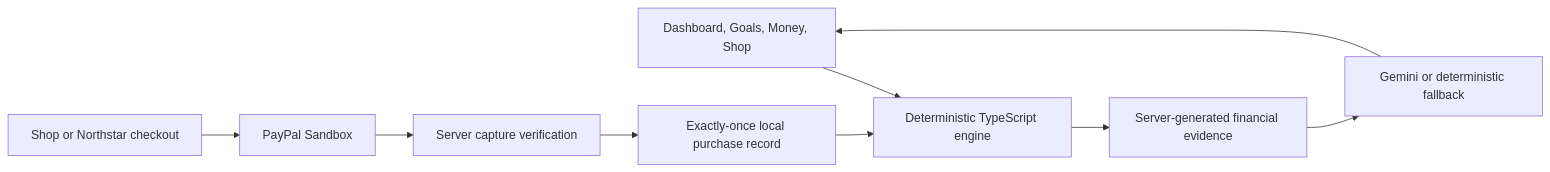
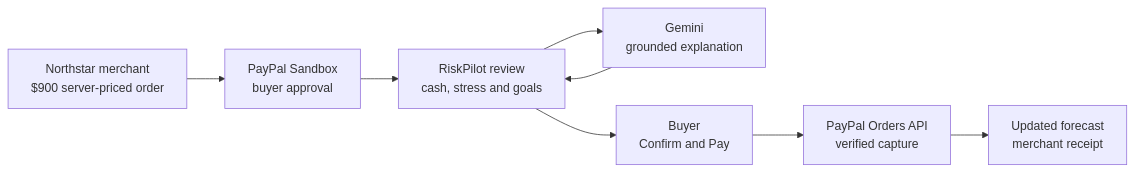
Before and after one commit to SuyaYang/RiskPilot: the diagram in README.md, drawn with Mermaid. The commit also changed other lines of this file and 1 other file, not shown here.

````diff
--- a/README.md
+++ b/README.md
@@ -73,11 +39,14 @@
 ```mermaid
 flowchart LR
-  UI[Dashboard, Goals, Money, Shop] --> Engine[Deterministic TypeScript engine]
-  Engine --> Facts[Server-generated financial evidence]
-  Facts --> AI[Gemini or deterministic fallback]
-  AI --> UI
-  Checkout[Shop or Northstar checkout] --> PayPal[PayPal Sandbox]
-  PayPal --> Verify[Server capture verification]
-  Verify --> Store[Exactly-once local purchase record]
-  Store --> Engine
+  Merchant[Northstar merchant<br/>$900 server-priced order]
+  Approval[PayPal Sandbox<br/>buyer approval]
+  Review[RiskPilot review<br/>cash, stress and goals]
+  AI[Gemini<br/>grounded explanation]
+  Confirm[Buyer<br/>Confirm and Pay]
+  Capture[PayPal Orders API<br/>verified capture]
+  Result[Updated forecast<br/>merchant receipt]
+
+  Merchant --> Approval --> Review
+  Review --> AI --> Review
+  Review --> Confirm --> Capture --> Result
 ```
````
